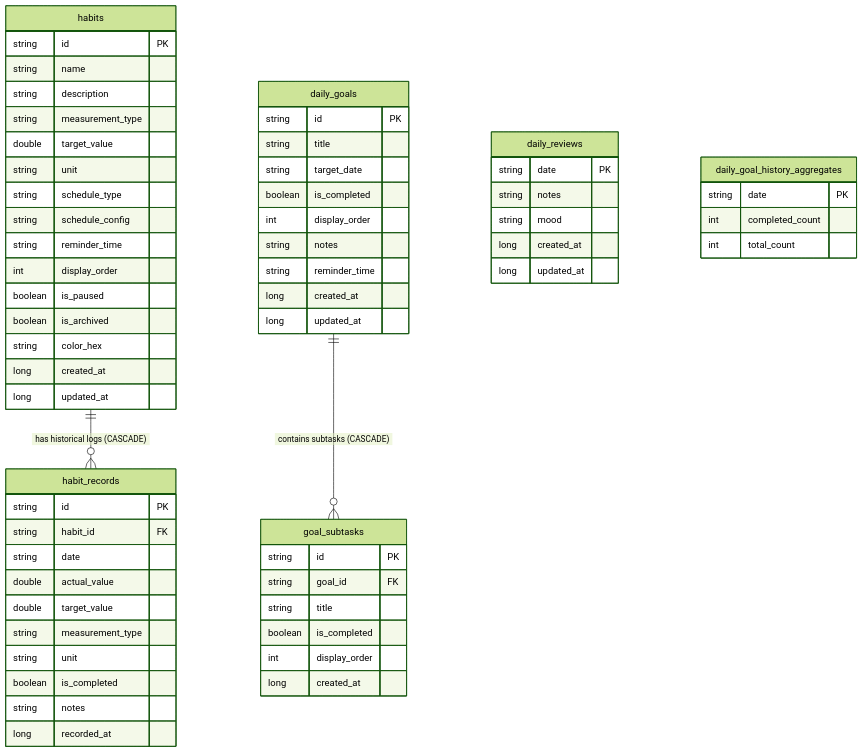
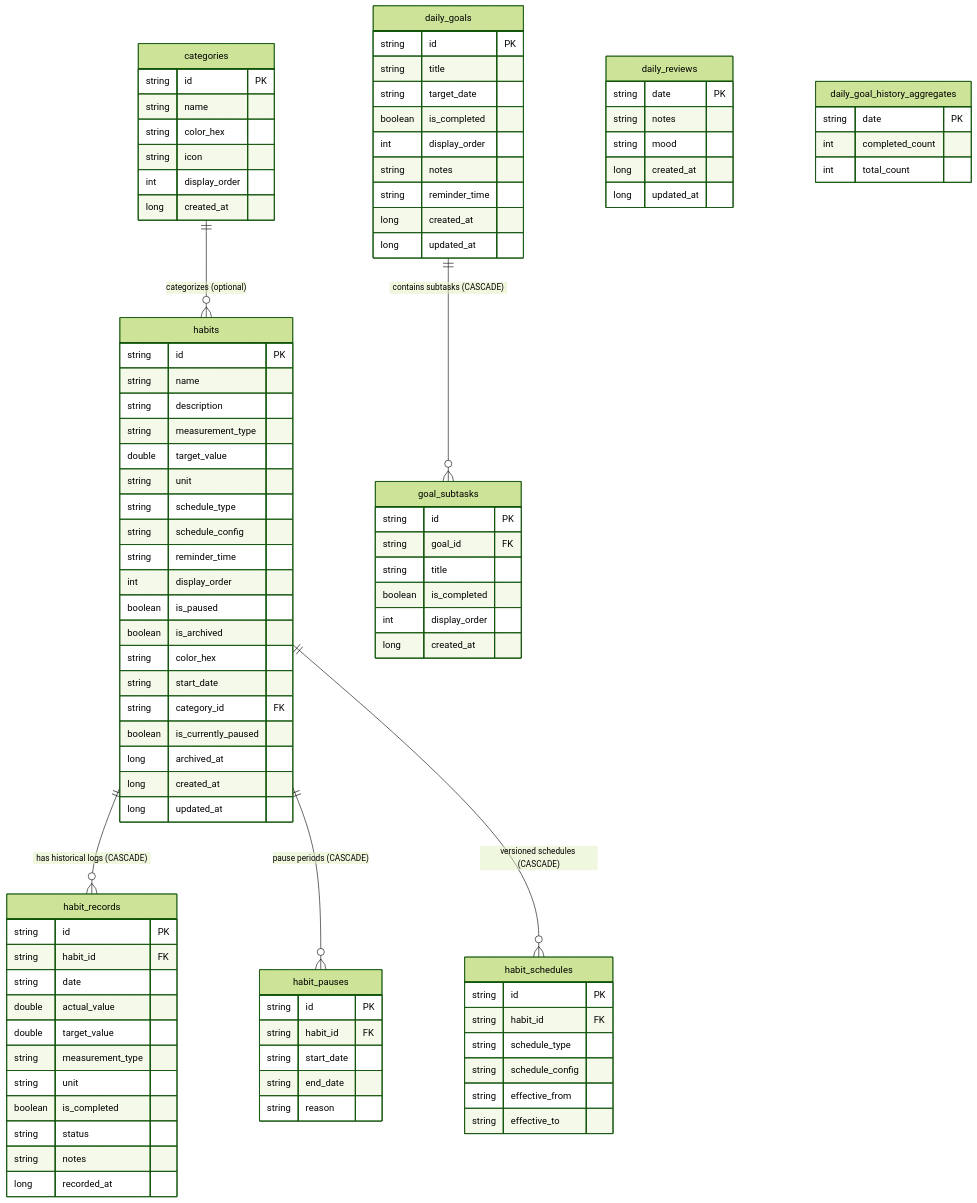
Before and after one commit to sathvikreddy369/habit: the third of 4 diagrams in README.md, drawn with Mermaid (forest theme). The commit also changed other lines of this file and 14 other files, not shown here.

````diff
--- a/README.md
+++ b/README.md
@@ -411,7 +422,18 @@
 ```mermaid
 erDiagram
+    categories ||--o{ habits : "categorizes (optional)"
     habits ||--o{ habit_records : "has historical logs (CASCADE)"
+    habits ||--o{ habit_pauses : "pause periods (CASCADE)"
+    habits ||--o{ habit_schedules : "versioned schedules (CASCADE)"
     daily_goals ||--o{ goal_subtasks : "contains subtasks (CASCADE)"
+    categories {
+        string id PK
+        string name
+        string color_hex
+        string icon
+        int display_order
+        long created_at
+    }
     daily_reviews {
         string date PK
         string notes
@@ -438,8 +460,27 @@
         boolean is_paused
         boolean is_archived
         string color_hex
+        string start_date
+        string category_id FK
+        boolean is_currently_paused
+        long archived_at
         long created_at
         long updated_at
+    }
+    habit_pauses {
+        string id PK
+        string habit_id FK
+        string start_date
+        string end_date
+        string reason
+    }
+    habit_schedules {
+        string id PK
+        string habit_id FK
+        string schedule_type
+        string schedule_config
+        string effective_from
+        string effective_to
     }
     habit_records {
         string id PK
@@ -450,6 +491,7 @@
         string measurement_type
         string unit
         boolean is_completed
+        string status
         string notes
         long recorded_at
     }
````
